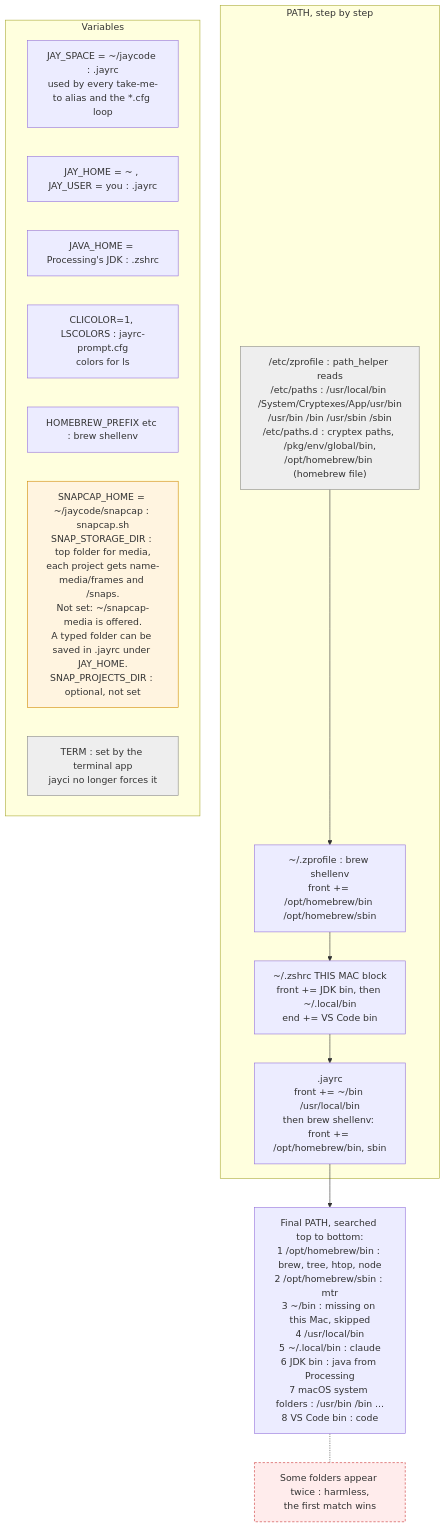
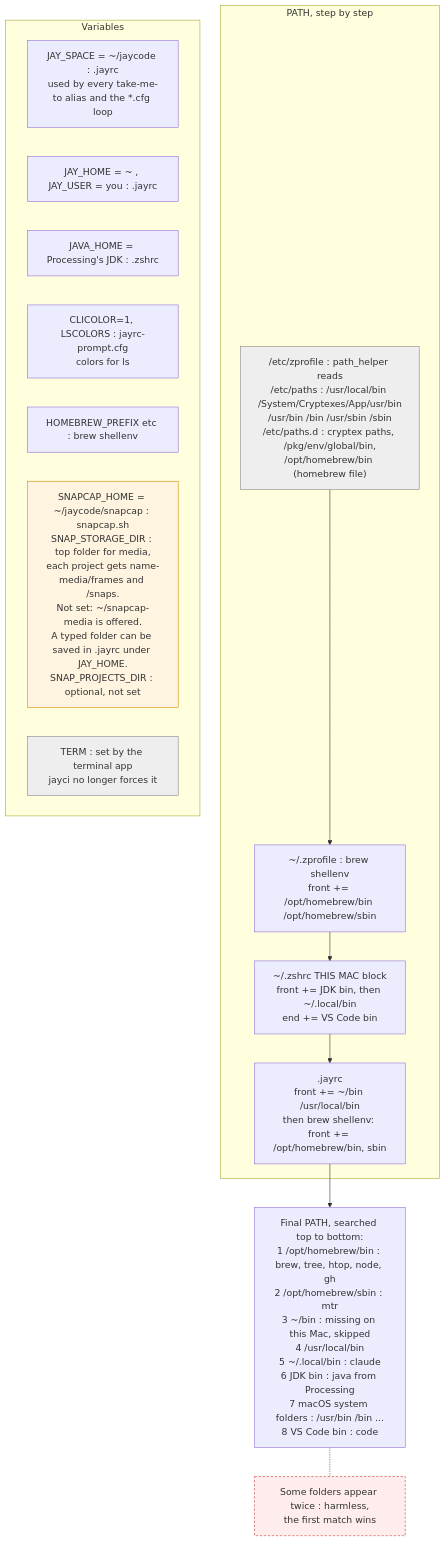
The diagram in docs/diagrams/7-path-and-variables.mmd (jaycody/jayci), drawn with Mermaid before and after one commit. The commit also changed 9 other files, not shown here.

First line of the commit message:
Diagrams: _snap_remember_storage, gh on PATH, current branch examples

```diff
--- a/docs/diagrams/7-path-and-variables.mmd
+++ b/docs/diagrams/7-path-and-variables.mmd
@@ -1,30 +1,30 @@
 %% 7. How PATH is built (top runs first) and who sets each variable.
-%% Final PATH verified 2026-11-09 with a clean login shell on this Mac.
+%% Final PATH verified 2026-11-09 (gh added 2026-11-10) with a clean login shell on this Mac.
 flowchart TD
     subgraph BUILD ["PATH, step by step"]
         P1["/etc/zprofile : path_helper reads<br/>/etc/paths : /usr/local/bin /System/Cryptexes/App/usr/bin<br/>/usr/bin /bin /usr/sbin /sbin<br/>/etc/paths.d : cryptex paths, /pkg/env/global/bin,<br/>/opt/homebrew/bin (homebrew file)"]
         P2["~/.zprofile : brew shellenv<br/>front += /opt/homebrew/bin /opt/homebrew/sbin"]
         P3["~/.zshrc THIS MAC block<br/>front += JDK bin, then ~/.local/bin<br/>end += VS Code bin"]
         P4[".jayrc<br/>front += ~/bin /usr/local/bin<br/>then brew shellenv: front += /opt/homebrew/bin, sbin"]
         P1 --> P2 --> P3 --> P4
     end
 
-    P4 --> FINAL["Final PATH, searched top to bottom:<br/>1 /opt/homebrew/bin : brew, tree, htop, node<br/>2 /opt/homebrew/sbin : mtr<br/>3 ~/bin : missing on this Mac, skipped<br/>4 /usr/local/bin<br/>5 ~/.local/bin : claude<br/>6 JDK bin : java from Processing<br/>7 macOS system folders : /usr/bin /bin ...<br/>8 VS Code bin : code"]
+    P4 --> FINAL["Final PATH, searched top to bottom:<br/>1 /opt/homebrew/bin : brew, tree, htop, node, gh<br/>2 /opt/homebrew/sbin : mtr<br/>3 ~/bin : missing on this Mac, skipped<br/>4 /usr/local/bin<br/>5 ~/.local/bin : claude<br/>6 JDK bin : java from Processing<br/>7 macOS system folders : /usr/bin /bin ...<br/>8 VS Code bin : code"]
     FINAL -.- Q1["Some folders appear twice : harmless,<br/>the first match wins"]
 
     subgraph VARS ["Variables"]
         V1["JAY_SPACE = ~/jaycode : .jayrc<br/>used by every take-me-to alias and the *.cfg loop"]
         V2["JAY_HOME = ~ , JAY_USER = you : .jayrc"]
         V3["JAVA_HOME = Processing's JDK : .zshrc"]
         V4["CLICOLOR=1, LSCOLORS : jayrc-prompt.cfg<br/>colors for ls"]
         V5["HOMEBREW_PREFIX etc : brew shellenv"]
         V6["SNAPCAP_HOME = ~/jaycode/snapcap : snapcap.sh<br/>SNAP_STORAGE_DIR : top folder for media,<br/>each project gets name-media/frames and /snaps.<br/>Not set: ~/snapcap-media is offered.<br/>A typed folder can be saved in .jayrc under JAY_HOME.<br/>SNAP_PROJECTS_DIR : optional, not set"]
         V7["TERM : set by the terminal app<br/>jayci no longer forces it"]
     end
 
     classDef ext fill:#fff4e0,stroke:#d08a00,color:#333
     classDef sys fill:#eeeeee,stroke:#888,color:#333
     classDef quirk fill:#ffecec,stroke:#c33,color:#333,stroke-dasharray: 4 3
     class V6 ext
     class P1,V7 sys
     class Q1 quirk
```
